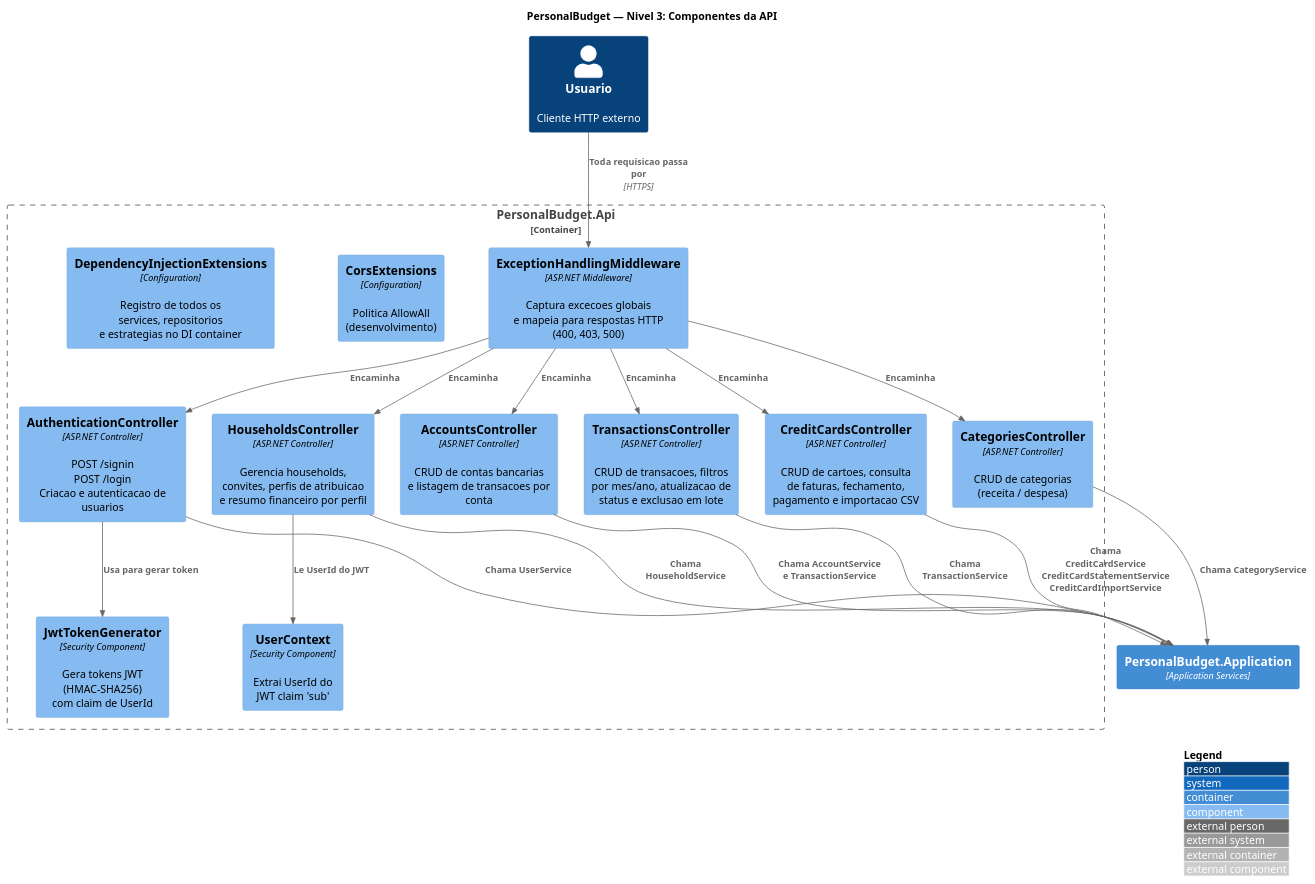
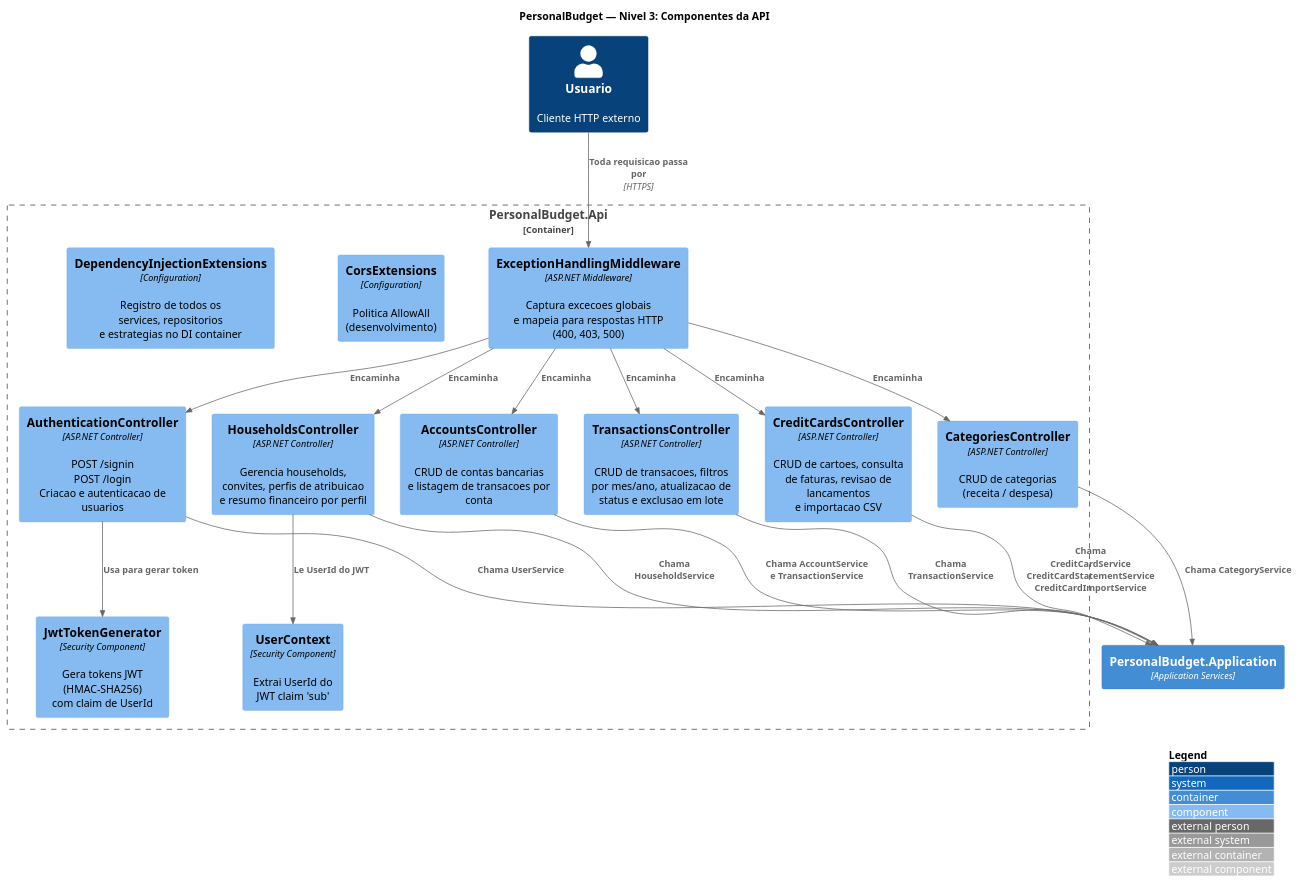
Before and after one commit to ProfissionalIgorAndrade/PersonalBudget: the third of 7 diagrams in docs/architecture/c4-architecture.puml, drawn with PlantUML. The commit also changed other lines of this file and 3 other files, not shown here.

```diff
--- a/docs/architecture/c4-architecture.puml
+++ b/docs/architecture/c4-architecture.puml
@@ -73,55 +73,55 @@
 @startuml C4_L3_Components_Api
 !include https://raw.githubusercontent.com/plantuml-stdlib/C4-PlantUML/master/C4_Component.puml
 
 LAYOUT_TOP_DOWN()
 LAYOUT_WITH_LEGEND()
 
 title PersonalBudget — Nivel 3: Componentes da API
 
 Person(user, "Usuario", "Cliente HTTP externo")
 
 Container_Boundary(webApi, "PersonalBudget.Api") {
 
     Component(authMiddleware, "ExceptionHandlingMiddleware", "ASP.NET Middleware", "Captura excecoes globais\ne mapeia para respostas HTTP\n(400, 403, 500)")
 
     Component(authController, "AuthenticationController", "ASP.NET Controller", "POST /signin\nPOST /login\nCriacao e autenticacao de usuarios")
 
     Component(householdsCtrl, "HouseholdsController", "ASP.NET Controller", "Gerencia households,\nconvites, perfis de atribuicao\ne resumo financeiro por perfil")
 
     Component(accountsCtrl, "AccountsController", "ASP.NET Controller", "CRUD de contas bancarias\ne listagem de transacoes por conta")
 
     Component(transactionsCtrl, "TransactionsController", "ASP.NET Controller", "CRUD de transacoes, filtros\npor mes/ano, atualizacao de\nstatus e exclusao em lote")
 
-    Component(creditCardsCtrl, "CreditCardsController", "ASP.NET Controller", "CRUD de cartoes, consulta\nde faturas, fechamento,\npagamento e importacao CSV")
+    Component(creditCardsCtrl, "CreditCardsController", "ASP.NET Controller", "CRUD de cartoes, consulta\nde faturas, revisao de lancamentos\ne importacao CSV")
 
     Component(categoriesCtrl, "CategoriesController", "ASP.NET Controller", "CRUD de categorias\n(receita / despesa)")
 
     Component(jwtGenerator, "JwtTokenGenerator", "Security Component", "Gera tokens JWT (HMAC-SHA256)\ncom claim de UserId")
 
     Component(userContext, "UserContext", "Security Component", "Extrai UserId do\nJWT claim 'sub'")
 
     Component(corsExt, "CorsExtensions", "Configuration", "Politica AllowAll\n(desenvolvimento)")
 
     Component(diExtensions, "DependencyInjectionExtensions", "Configuration", "Registro de todos os\nservices, repositorios\ne estrategias no DI container")
 }
 
 Container(appLayer, "PersonalBudget.Application", "Application Services")
 
 Rel(user, authMiddleware, "Toda requisicao passa por", "HTTPS")
 Rel(authMiddleware, authController, "Encaminha")
 Rel(authMiddleware, householdsCtrl, "Encaminha")
 Rel(authMiddleware, accountsCtrl, "Encaminha")
 Rel(authMiddleware, transactionsCtrl, "Encaminha")
 Rel(authMiddleware, creditCardsCtrl, "Encaminha")
 Rel(authMiddleware, categoriesCtrl, "Encaminha")
 
 Rel(authController, jwtGenerator, "Usa para gerar token")
 Rel(authController, appLayer, "Chama UserService")
 Rel(householdsCtrl, userContext, "Le UserId do JWT")
 Rel(householdsCtrl, appLayer, "Chama HouseholdService")
 Rel(accountsCtrl, appLayer, "Chama AccountService\ne TransactionService")
 Rel(transactionsCtrl, appLayer, "Chama TransactionService")
 Rel(creditCardsCtrl, appLayer, "Chama CreditCardService\nCreditCardStatementService\nCreditCardImportService")
 Rel(categoriesCtrl, appLayer, "Chama CategoryService")
 
 @enduml
```
